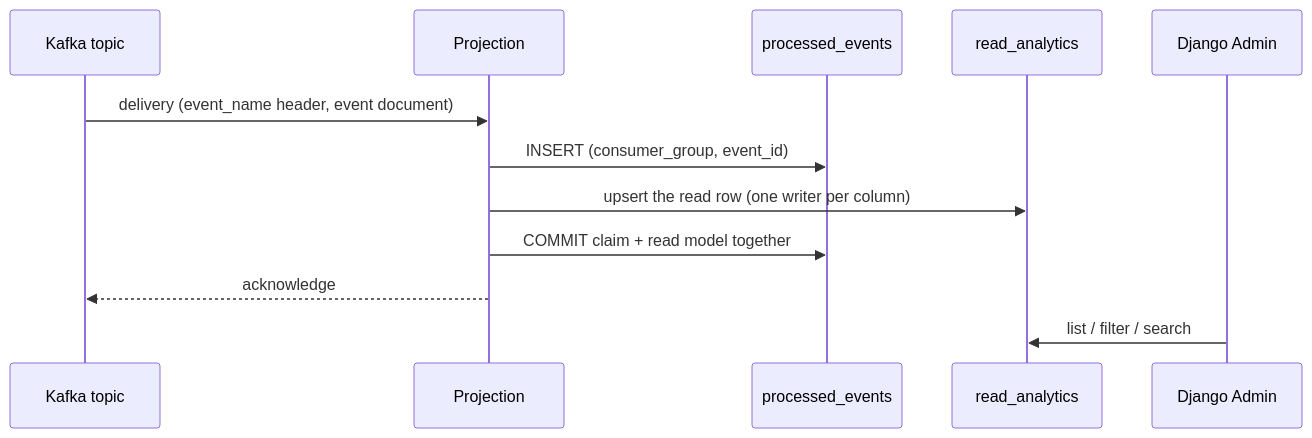
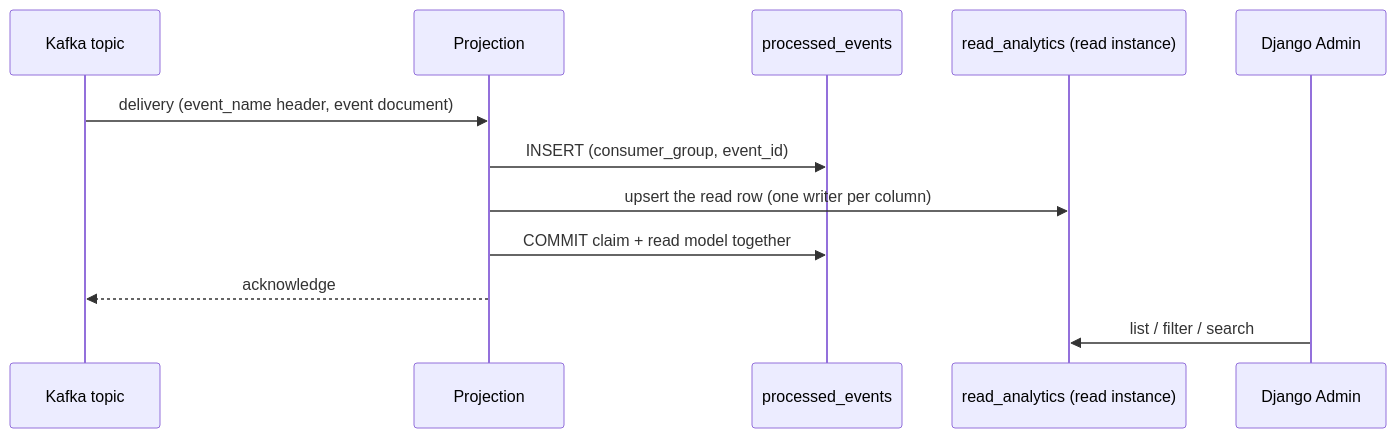
One commit to DisMosGit/plantkeeper changed the second of 3 diagrams in docs/architecture.md. Above: the diagram before and after it, drawn with Mermaid. The commit also changed other lines of this file and 14 other files, not shown here.

Commit message:
docs: describe the two-database topology, the query split and the new flows

````diff
--- a/docs/architecture.md
+++ b/docs/architecture.md
@@ -128,15 +149,15 @@
 ```mermaid
 sequenceDiagram
     participant K as Kafka topic
     participant P as Projection
     participant L as processed_events
-    participant D as read_analytics
+    participant D as read_analytics (read instance)
     participant U as Django Admin
 
     K->>P: delivery (event_name header, event document)
     P->>L: INSERT (consumer_group, event_id)
     P->>D: upsert the read row (one writer per column)
     P->>L: COMMIT claim + read model together
     P-->>K: acknowledge
     U->>D: list / filter / search
 ```
````
